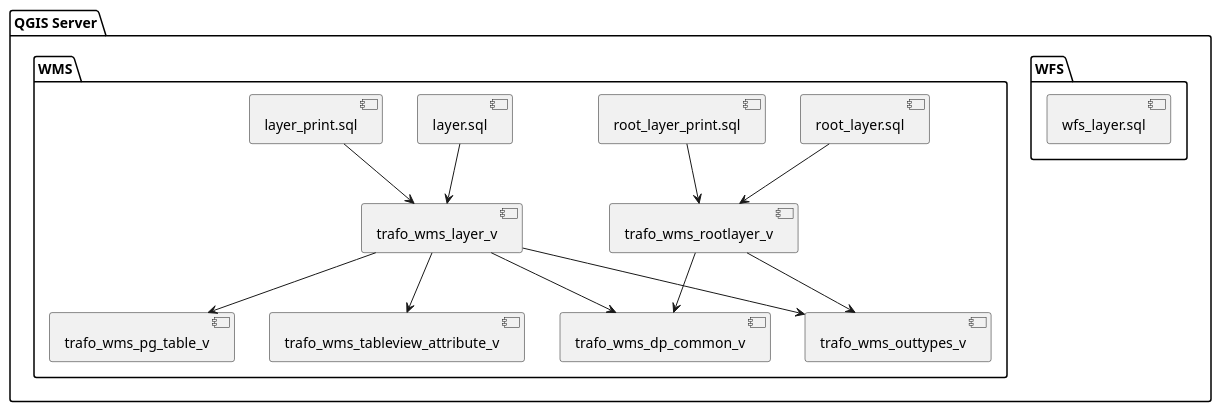
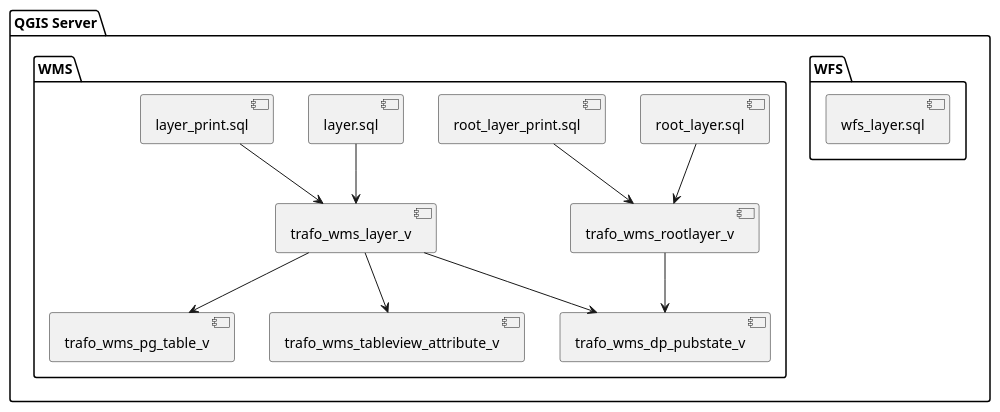
The diagram in api_webgisclient/sql2json/doc/query_dependencies.puml (sogis/pipelines), drawn with PlantUML before and after one commit. The commit also changed 6 other files, not shown here.

Commit message:
replaced view *dp_common* with *dp_pubstate*

```diff
--- a/api_webgisclient/sql2json/doc/query_dependencies.puml
+++ b/api_webgisclient/sql2json/doc/query_dependencies.puml
@@ -1,38 +1,35 @@
 @startuml
 
 package "QGIS Server" {
     package "WFS" {
         [wfs_layer.sql]
     }
     
     package "WMS" {
         [root_layer.sql]
         [root_layer_print.sql]
         [layer.sql]
         [layer_print.sql]
         
 
         [trafo_wms_layer_v]
         [trafo_wms_pg_table_v]
         [trafo_wms_tableview_attribute_v]
-        [trafo_wms_dp_common_v]
-        [trafo_wms_outtypes_v]
+        [trafo_wms_dp_pubstate_v]
         [trafo_wms_rootlayer_v]
         
         root_layer.sql --> trafo_wms_rootlayer_v
         root_layer_print.sql --> trafo_wms_rootlayer_v
         
-        trafo_wms_rootlayer_v --> trafo_wms_dp_common_v
-        trafo_wms_rootlayer_v --> trafo_wms_outtypes_v
+        trafo_wms_rootlayer_v --> trafo_wms_dp_pubstate_v
         
         layer.sql --> trafo_wms_layer_v
         layer_print.sql --> trafo_wms_layer_v
         
         trafo_wms_layer_v --> trafo_wms_pg_table_v
         trafo_wms_layer_v --> trafo_wms_tableview_attribute_v
-        trafo_wms_layer_v --> trafo_wms_dp_common_v
-        trafo_wms_layer_v --> trafo_wms_outtypes_v
+        trafo_wms_layer_v --> trafo_wms_dp_pubstate_v
     }
 }
 
 @enduml
```
